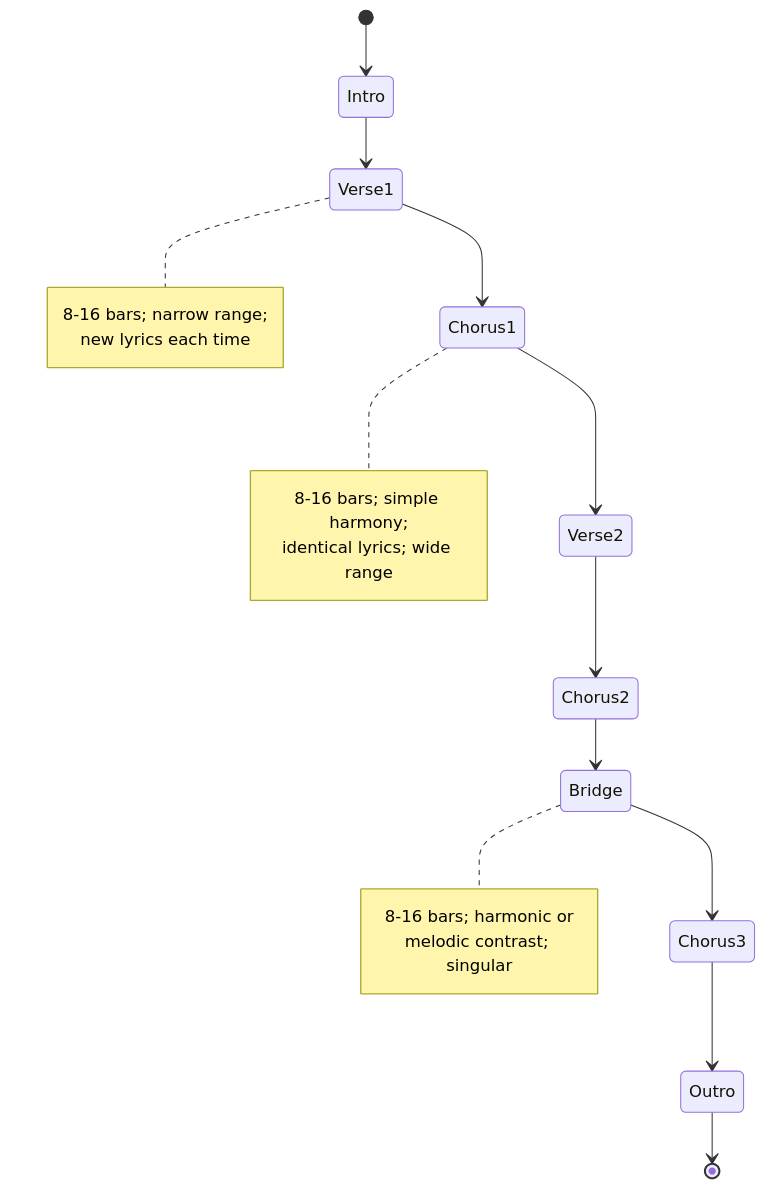
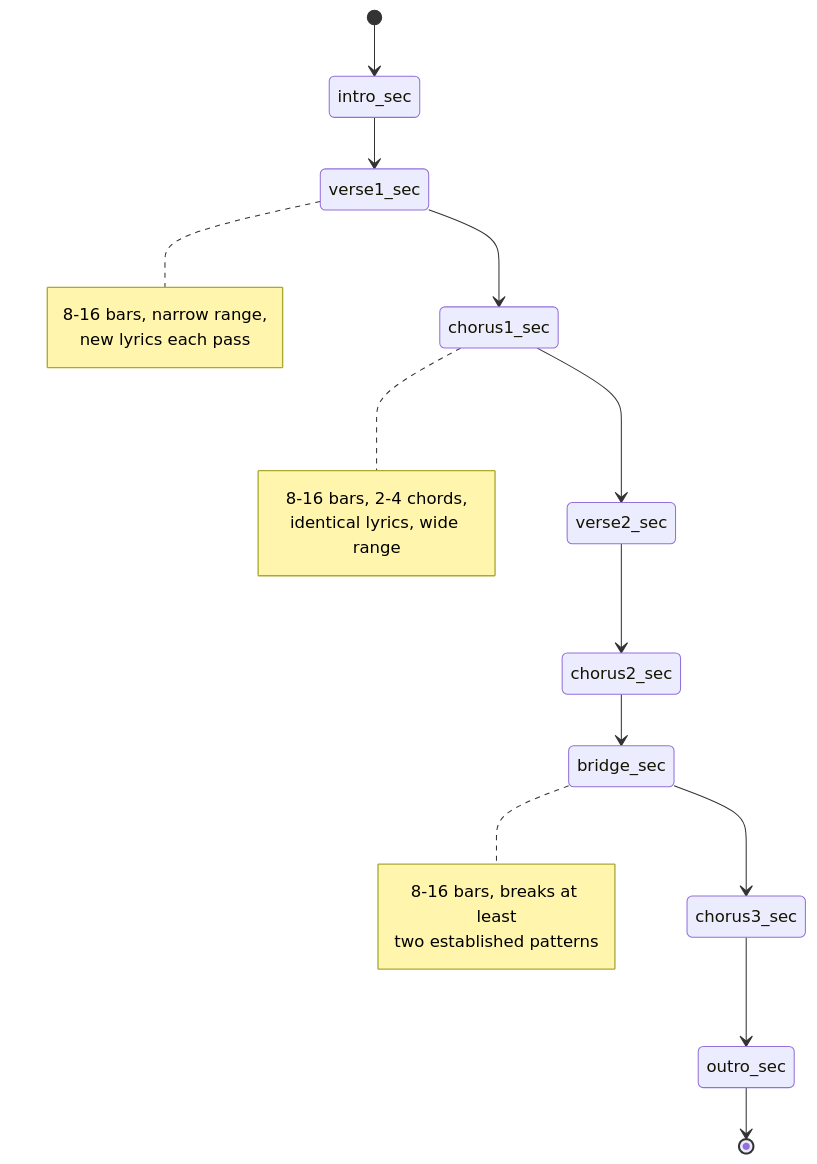
One commit to blebleblee/synapse changed the first of 2 diagrams in topics/arts/composition/songwriting/lesson_01_song_structure.md. Above: the diagram before and after it, drawn with Mermaid. The commit also changed other lines of this file and 4 other files, not shown here.

````diff
--- a/topics/arts/composition/songwriting/lesson_01_song_structure.md
+++ b/topics/arts/composition/songwriting/lesson_01_song_structure.md
@@ -173,27 +150,27 @@
 ```mermaid
 stateDiagram-v2
-    [*] --> Intro
-    Intro --> Verse1
-    Verse1 --> Chorus1
-    Chorus1 --> Verse2
-    Verse2 --> Chorus2
-    Chorus2 --> Bridge
-    Bridge --> Chorus3
-    Chorus3 --> Outro
-    Outro --> [*]
-    
-    note right of Verse1
-        8-16 bars; narrow range;
-        new lyrics each time
+    [*] --> intro_sec
+    intro_sec --> verse1_sec
+    verse1_sec --> chorus1_sec
+    chorus1_sec --> verse2_sec
+    verse2_sec --> chorus2_sec
+    chorus2_sec --> bridge_sec
+    bridge_sec --> chorus3_sec
+    chorus3_sec --> outro_sec
+    outro_sec --> [*]
+
+    note right of verse1_sec
+        8-16 bars, narrow range,
+        new lyrics each pass
     end note
-    
-    note right of Chorus1
-        8-16 bars; simple harmony;
-        identical lyrics; wide range
+
+    note right of chorus1_sec
+        8-16 bars, 2-4 chords,
+        identical lyrics, wide range
     end note
-    
-    note right of Bridge
-        8-16 bars; harmonic or
-        melodic contrast; singular
+
+    note right of bridge_sec
+        8-16 bars, breaks at least
+        two established patterns
     end note
 ```
````
